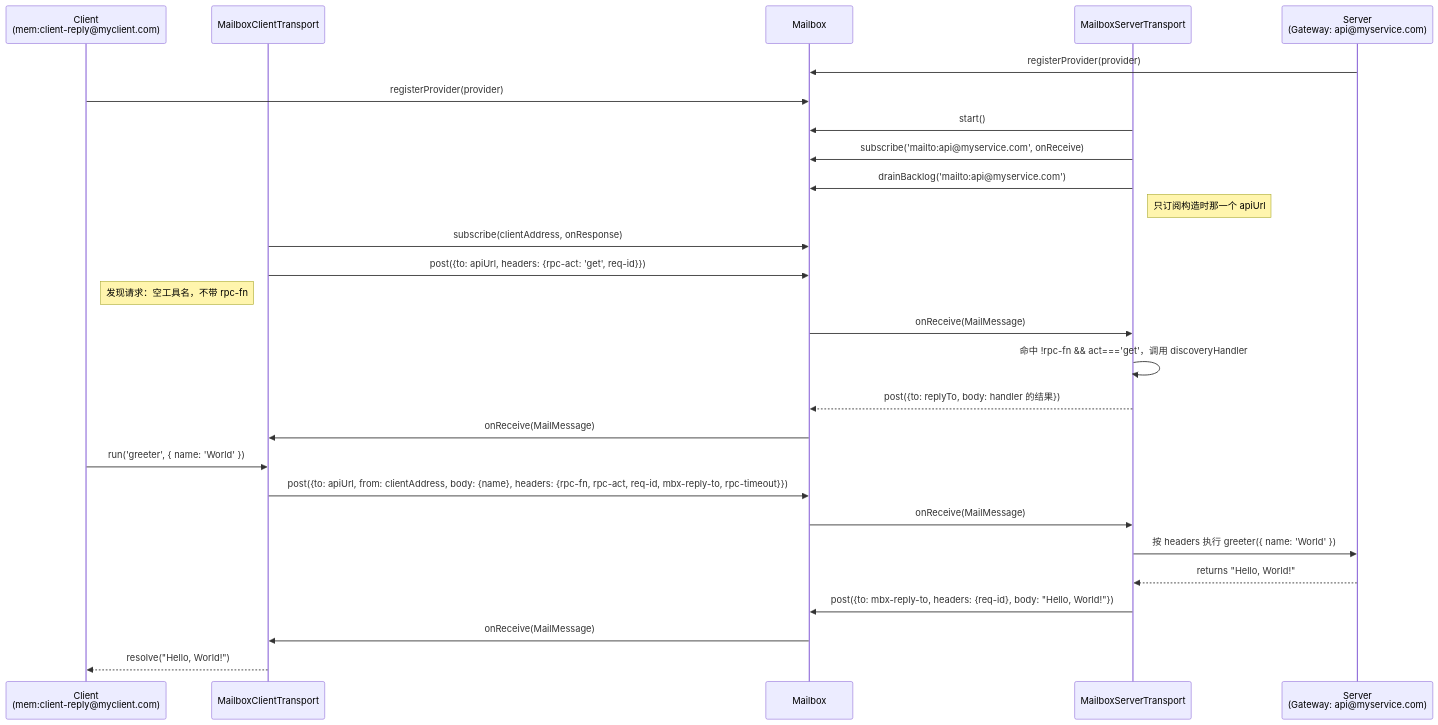
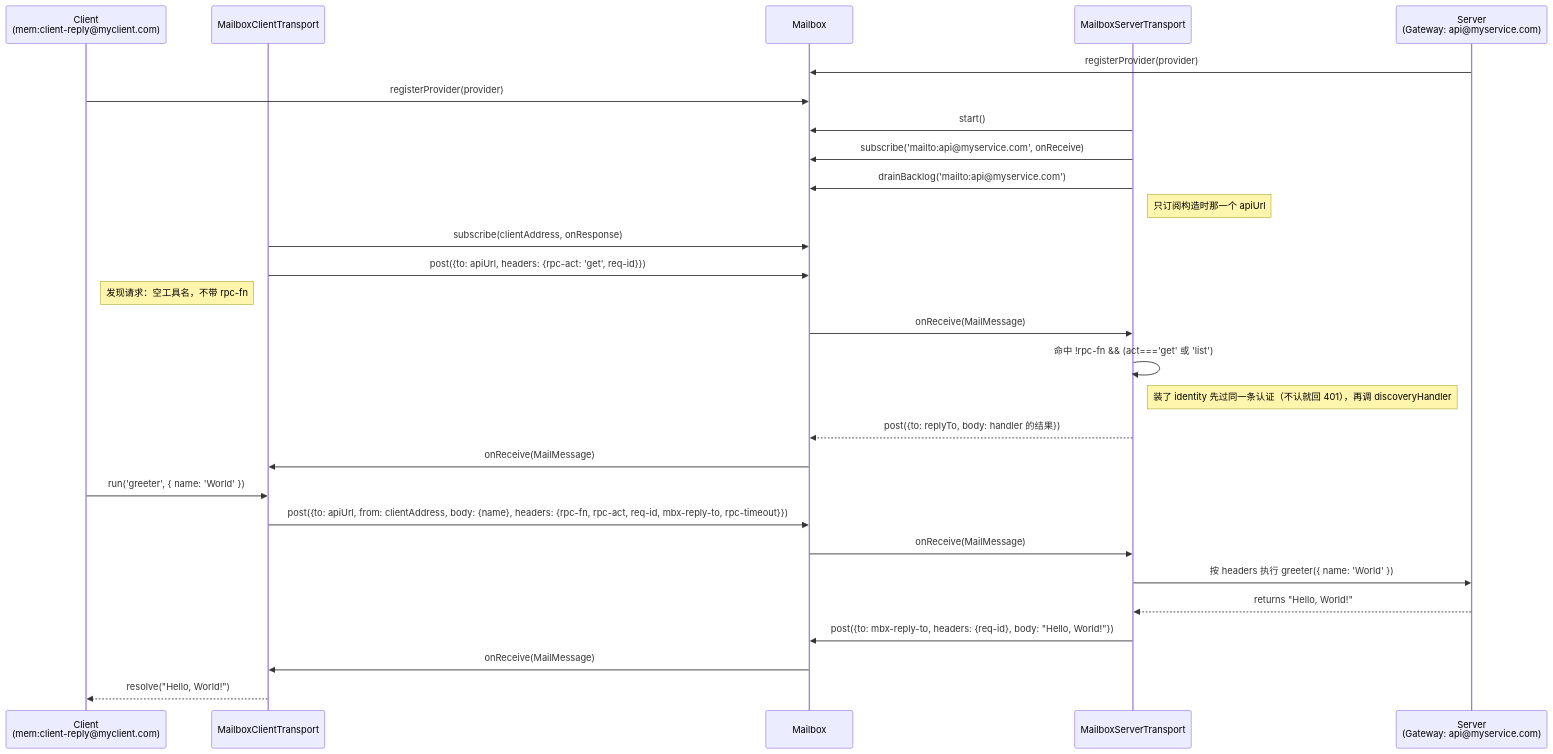
One commit to isdk/tool-rpc.js changed the diagram in mailbox-tool-rpc-integration.md. Above: the diagram before and after it, drawn with Mermaid. The commit also changed other lines of this file and 8 other files, not shown here.

````diff
--- a/mailbox-tool-rpc-integration.md
+++ b/mailbox-tool-rpc-integration.md
@@ -195,34 +198,35 @@
 ```mermaid
 sequenceDiagram
     participant Client as Client<br>(mem:client-reply@myclient.com)
     participant C_Transport as MailboxClientTransport
     participant Mailbox
     participant S_Transport as MailboxServerTransport
     participant Server as Server<br>(Gateway: api@myservice.com)
 
     Server->>Mailbox: registerProvider(provider)
     Client->>Mailbox: registerProvider(provider)
 
     S_Transport->>Mailbox: start()
     S_Transport->>Mailbox: subscribe('mailto:api@myservice.com', onReceive)
     S_Transport->>Mailbox: drainBacklog('mailto:api@myservice.com')
     note right of S_Transport: 只订阅构造时那一个 apiUrl
 
     C_Transport->>Mailbox: subscribe(clientAddress, onResponse)
     C_Transport->>Mailbox: post({to: apiUrl, headers: {rpc-act: 'get', req-id}})
     note left of C_Transport: 发现请求：空工具名，不带 rpc-fn
     Mailbox->>S_Transport: onReceive(MailMessage)
-    S_Transport->>S_Transport: 命中 !rpc-fn && act==='get'，调用 discoveryHandler
+    S_Transport->>S_Transport: 命中 !rpc-fn && (act==='get' 或 'list')
+    note right of S_Transport: 装了 identity 先过同一条认证（不认就回 401），再调 discoveryHandler
     S_Transport-->>Mailbox: post({to: replyTo, body: handler 的结果})
     Mailbox->>C_Transport: onReceive(MailMessage)
 
     Client->>C_Transport: run('greeter', { name: 'World' })
     C_Transport->>Mailbox: post({to: apiUrl, from: clientAddress, body: {name}, headers: {rpc-fn, rpc-act, req-id, mbx-reply-to, rpc-timeout}})
     Mailbox->>S_Transport: onReceive(MailMessage)
     S_Transport->>Server: 按 headers 执行 greeter({ name: 'World' })
     Server-->>S_Transport: returns "Hello, World!"
 
     S_Transport->>Mailbox: post({to: mbx-reply-to, headers: {req-id}, body: "Hello, World!"})
     Mailbox->>C_Transport: onReceive(MailMessage)
     C_Transport-->>Client: resolve("Hello, World!")
 ```
````
